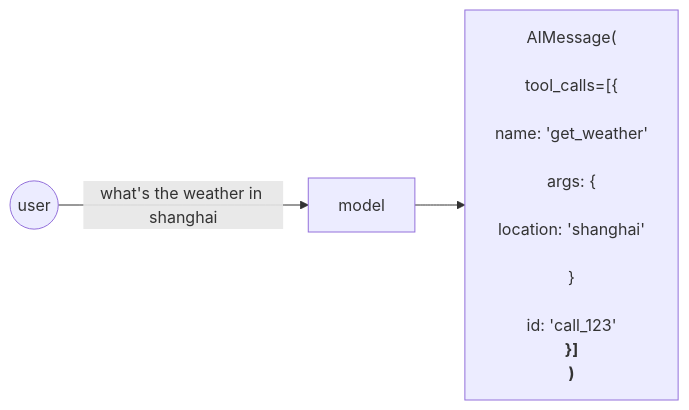
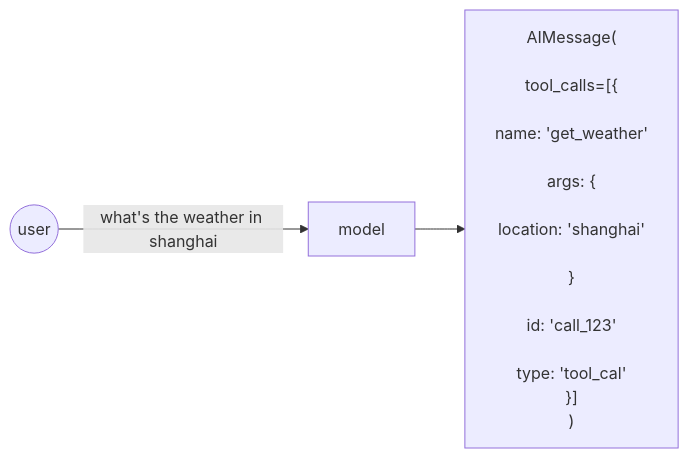
One commit to ka1fe1/iodraw-files changed the diagram in all/未命名-28.md. Above: the diagram before and after it, drawn with Mermaid.

Commit message:
2024-10-22 17:46:19 update

````diff
--- a/all/未命名-28.md
+++ b/all/未命名-28.md
@@ -1,16 +1,17 @@
 ```mermaid
 flowchart LR
     s1((user))
     s2["model"]
     s3["AIMessage(<br>
         tool_calls=[{<br>
             name: 'get_weather'<br>
             args: {<br>
                 location: 'shanghai'<br>
             }<br>
-            id: 'call_123'<b>
+            id: 'call_123'<br>
+            type: 'tool_cal'
         }]
     )"]
 
     s1 -->|what's the weather in shanghai| s2 --> s3
 ```
````
